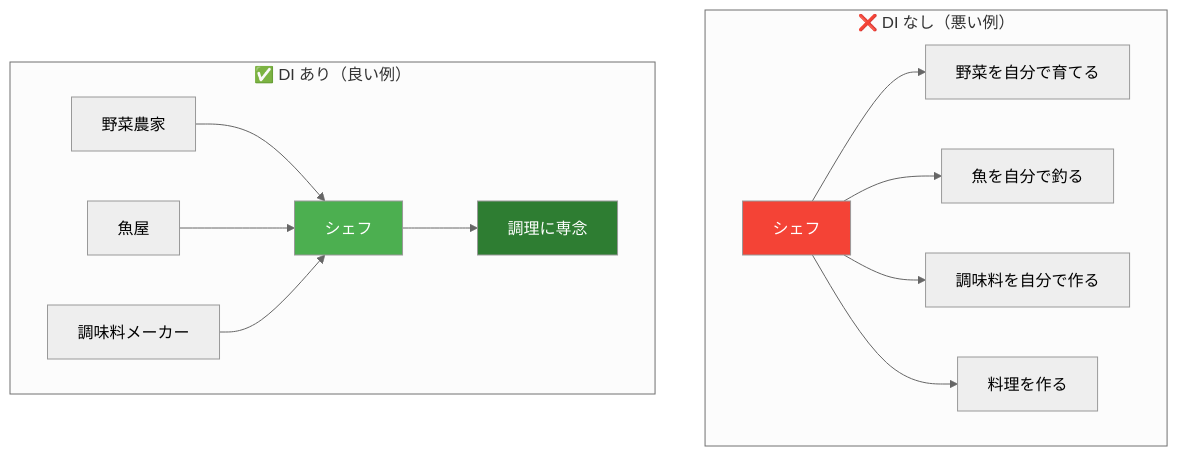
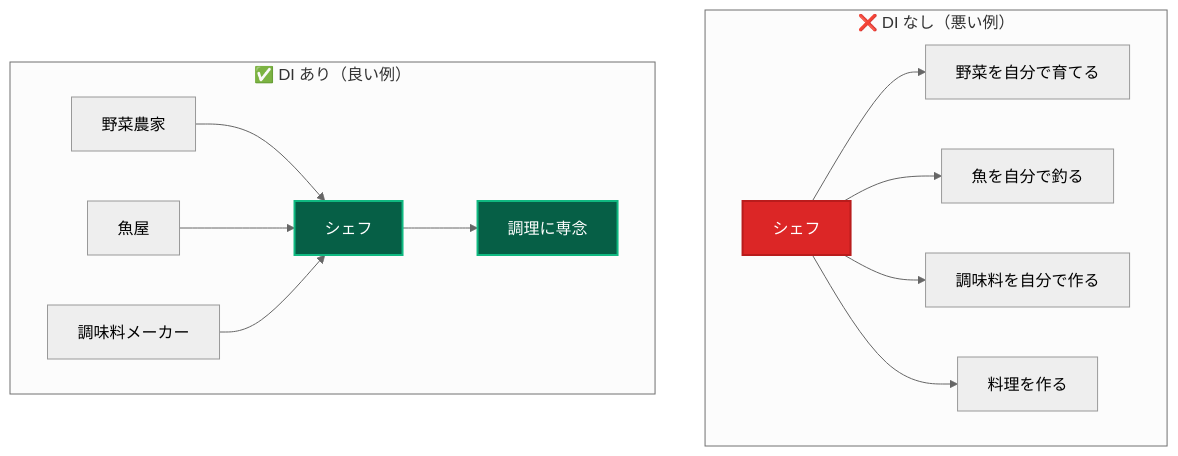
One commit to derushio/d-next-ddd-example changed the first of 12 diagrams in _DOCS/guides/ddd/concepts/whats-di.md. Above: the diagram before and after it, drawn with Mermaid (neutral theme). The commit also changed other lines of this file and 31 other files, not shown here.

Commit message:
🎨: DOCSのMermaid図表カラーテーマを暗色に統一し視認性を向上

````diff
--- a/_DOCS/guides/ddd/concepts/whats-di.md
+++ b/_DOCS/guides/ddd/concepts/whats-di.md
@@ -73,20 +73,20 @@
 ```mermaid
 graph TD
     subgraph "❌ DI なし（悪い例）"
         A[シェフ] --> B[野菜を自分で育てる]
         A --> C[魚を自分で釣る]
         A --> D[調味料を自分で作る]
         A --> E[料理を作る]
     end
     
     subgraph "✅ DI あり（良い例）"
         F[シェフ] --> G[調理に専念]
         H[野菜農家] --> F
         I[魚屋] --> F
         J[調味料メーカー] --> F
     end
     
-    style A fill:#f44336,color:#fff
-    style F fill:#4caf50,color:#fff
-    style G fill:#2e7d32,color:#fff
+    style A fill:#dc2626,stroke:#b91c1c,stroke-width:2px,color:#ffffff
+    style F fill:#065f46,stroke:#10b981,stroke-width:2px,color:#ffffff
+    style G fill:#065f46,stroke:#10b981,stroke-width:2px,color:#ffffff
 ```
````
